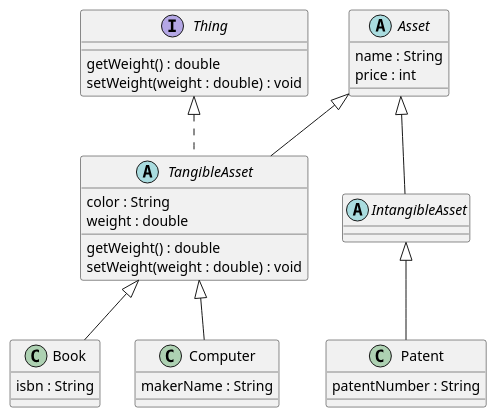
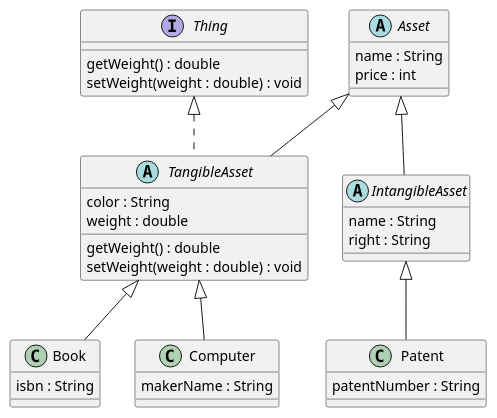
One commit to SurvivalCodingCampus/gangnam3-java-oop changed the diagram in src/main/java/com/survivalcoding/day08_class_instance/TangibleAsset.puml. Above: the diagram before and after it, drawn with PlantUML.

Commit message:
fix: TangibleAsset.puml에서 IntangibleAsset 안에 다시 씀

```diff
--- a/src/main/java/com/survivalcoding/day08_class_instance/TangibleAsset.puml
+++ b/src/main/java/com/survivalcoding/day08_class_instance/TangibleAsset.puml
@@ -1,36 +1,39 @@
 @startuml
 interface Thing {
   getWeight() : double
   setWeight(weight : double) : void
 }
 
 abstract class Asset {
   name : String
   price : int
 }
 
 abstract class TangibleAsset {
   color : String
   weight : double
   getWeight() : double
   setWeight(weight : double) : void
 }
 
-abstract class IntangibleAsset
+abstract class IntangibleAsset {
+  name : String
+  right : String
+}
 class Book {
   isbn : String
 }
 class Computer {
   makerName : String
 }
 class Patent {
   patentNumber : String
 }
 
 Asset <|-- TangibleAsset
 Asset <|-- IntangibleAsset
 Thing <|.. TangibleAsset
 TangibleAsset <|-- Book
 TangibleAsset <|-- Computer
 IntangibleAsset <|-- Patent
 @enduml
```
